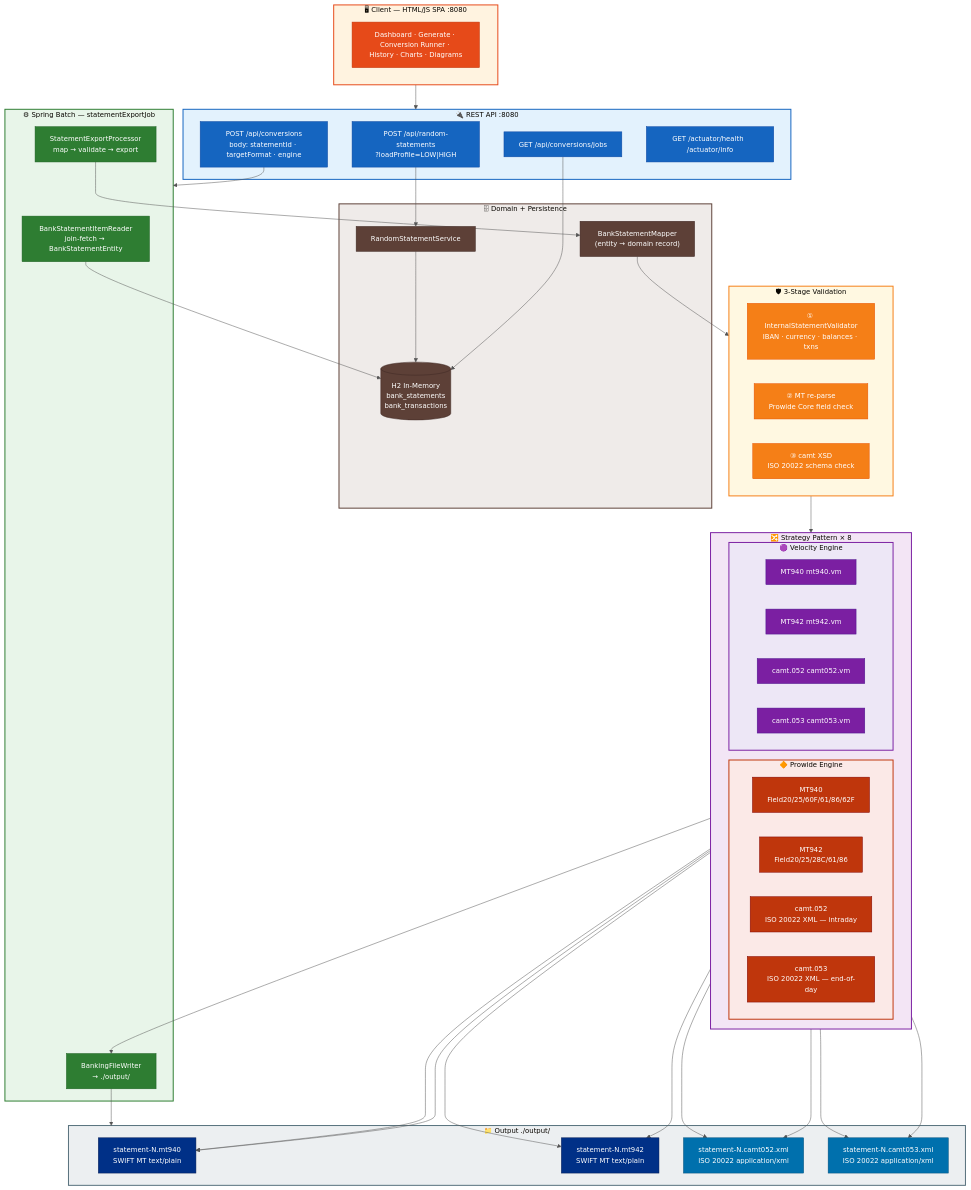
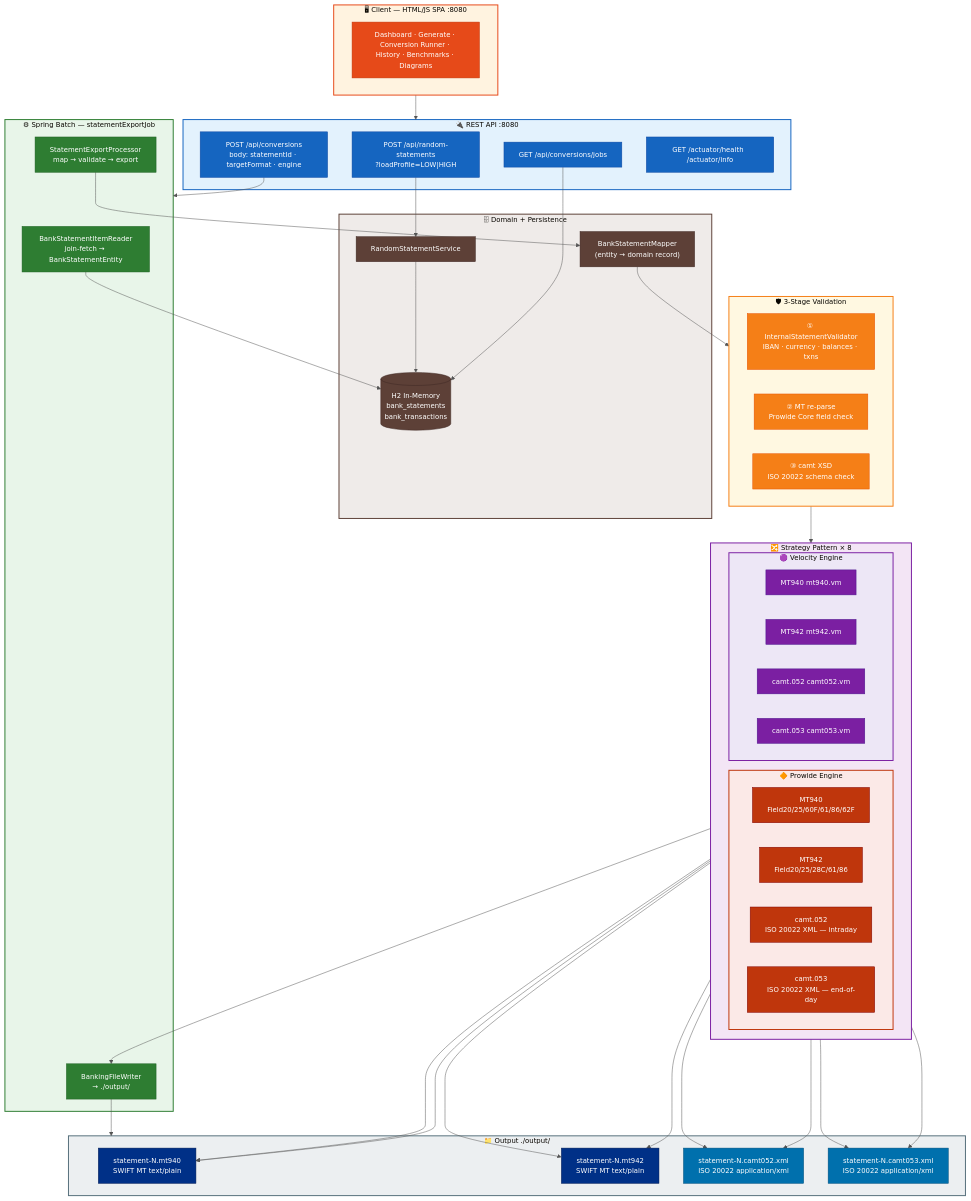
One commit to wallaceespindola/camt-mt-converters changed the first of 2 diagrams in README.md. Above: the diagram before and after it, drawn with Mermaid. The commit also changed other lines of this file and 2 other files, not shown here.

```diff
--- a/README.md
+++ b/README.md
@@ -72,7 +72,7 @@
 %%{init: {'theme': 'base', 'themeVariables': {'lineColor': '#555555', 'fontSize': '14px'}}}%%
 graph TB
     subgraph CLIENT["🖥  Client — HTML/JS SPA  :8080"]
-        UI["Dashboard · Generate · Conversion Runner · History · Charts · Diagrams"]
+        UI["Dashboard · Generate · Conversion Runner · History · Benchmarks · Diagrams"]
     end
 
     subgraph REST["🔌  REST API  :8080"]
```
